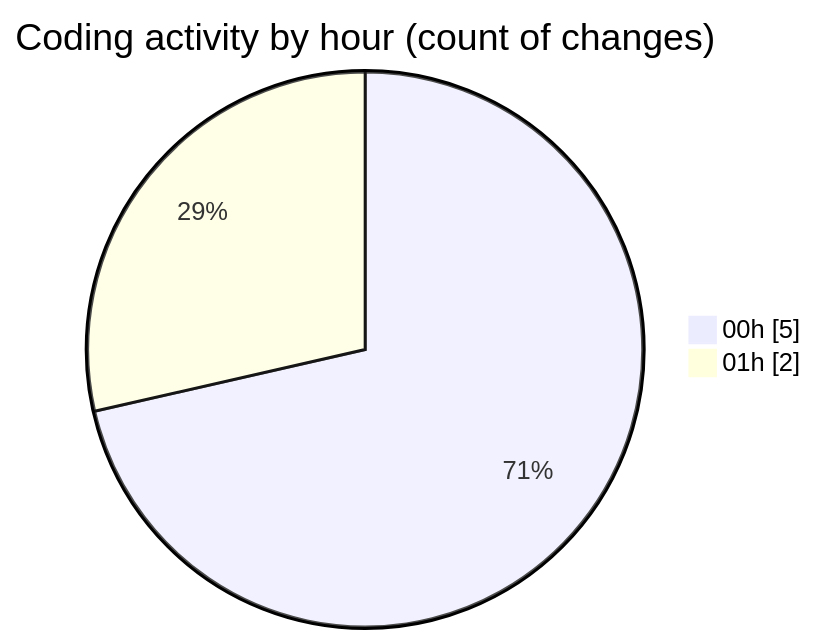
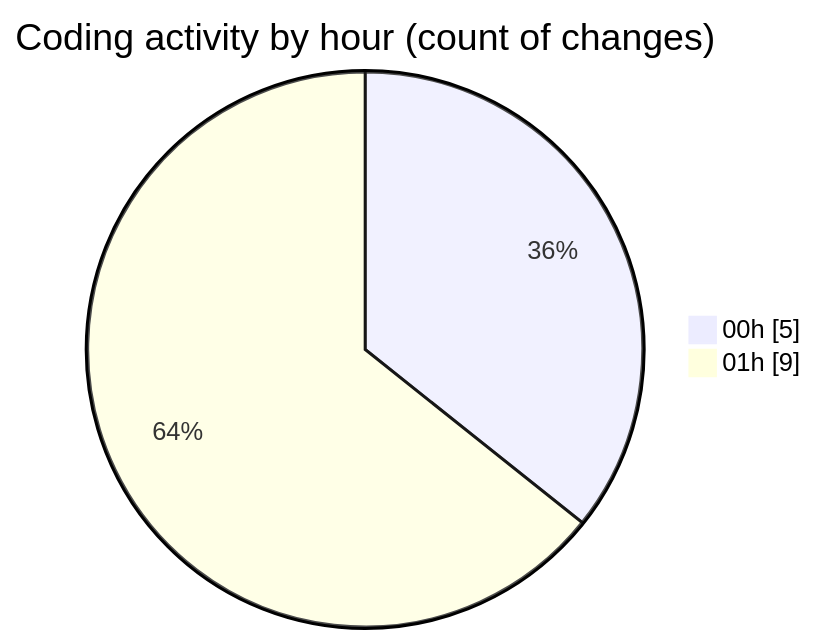
One commit to Netris89/code-tracking changed the second of 2 diagrams in 2025-03-30/echo/README.md. Above: the diagram before and after it, drawn with Mermaid. The commit also changed other lines of this file and 1 other file, not shown here.

````diff
--- a/2025-03-30/echo/README.md
+++ b/2025-03-30/echo/README.md
@@ -28,6 +30,6 @@
 ```mermaid
 pie showData
 title Coding activity by hour (count of changes)
 "00h" : 5
-"01h" : 2
+"01h" : 9
 ```
````
